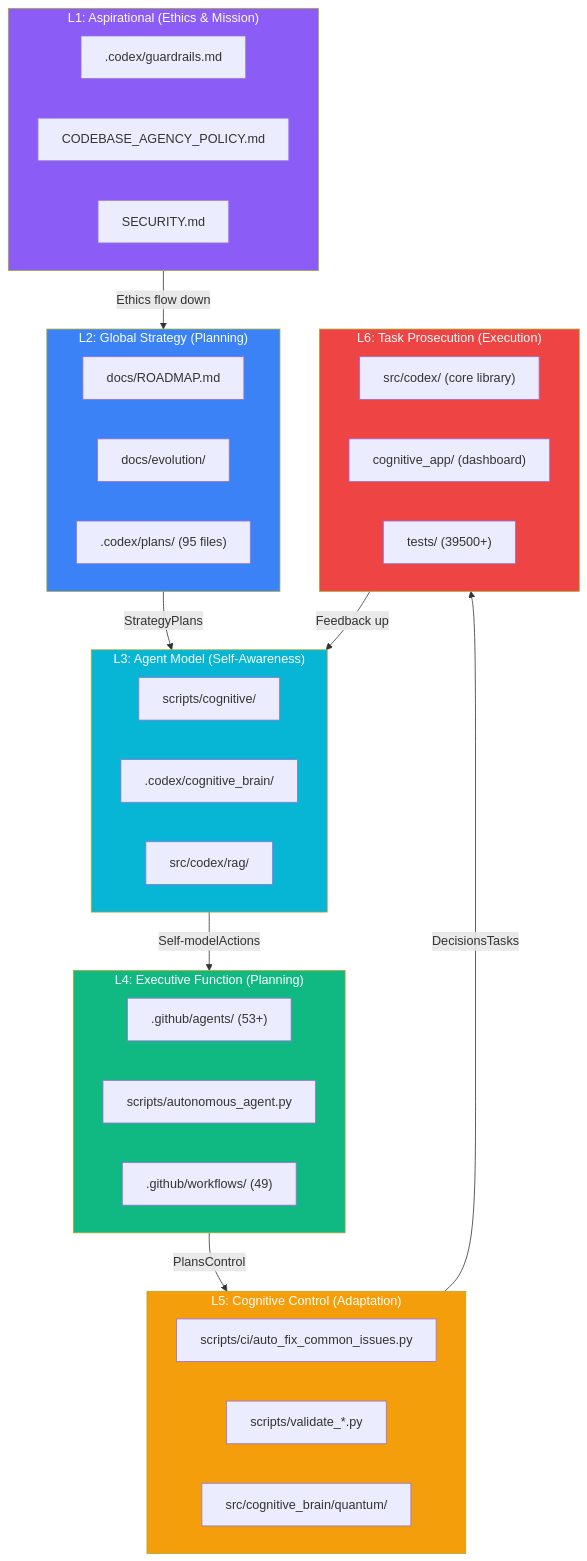
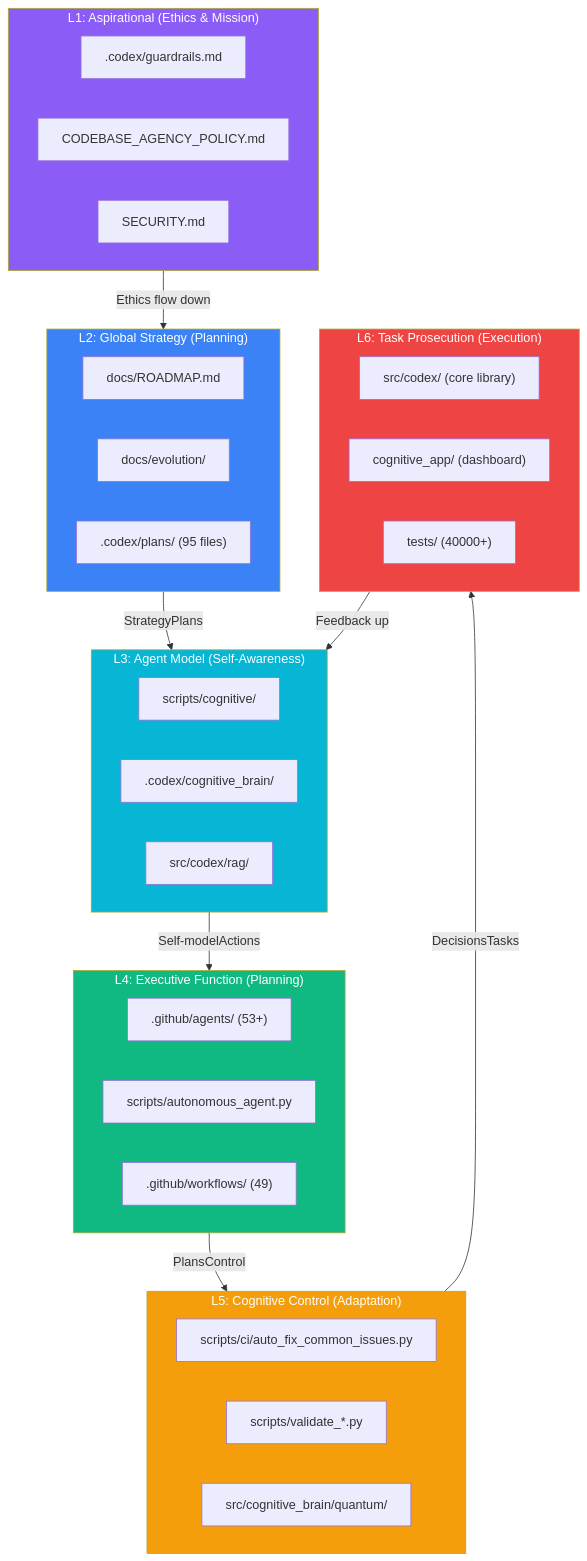
One commit to Aries-Serpent/_codex_ changed the diagram in docs/evolution/COGNITIVE_CODEBASE_MAP.md. Above: the diagram before and after it, drawn with Mermaid. The commit also changed 582 other files, not shown here.

````diff
--- a/docs/evolution/COGNITIVE_CODEBASE_MAP.md
+++ b/docs/evolution/COGNITIVE_CODEBASE_MAP.md
@@ -14,59 +14,59 @@
 ```mermaid
 %%{init: {'accessibility': {'title': 'Flowchart showing "L1: Aspirational (Ethics & Mission)", ".codex/guardrails.md"'}}%%
 
 graph TD
  subgraph L1["L1: Aspirational (Ethics & Mission)"]
  E1[".codex/guardrails.md"]
  E2["CODEBASE_AGENCY_POLICY.md"]
  E3["SECURITY.md"]
  end
 
  subgraph L2["L2: Global Strategy (Planning)"]
  S1["docs/ROADMAP.md"]
  S2["docs/evolution/"]
  S3[".codex/plans/ (95 files)"]
  end
 
  subgraph L3["L3: Agent Model (Self-Awareness)"]
  M1["scripts/cognitive/"]
  M2[".codex/cognitive_brain/"]
  M3["src/codex/rag/"]
  end
 
  subgraph L4["L4: Executive Function (Planning)"]
  X1[".github/agents/ (53+)"]
  X2["scripts/autonomous_agent.py"]
  X3[".github/workflows/ (49)"]
  end
 
  subgraph L5["L5: Cognitive Control (Adaptation)"]
  C1["scripts/ci/auto_fix_common_issues.py"]
  C2["scripts/validate_*.py"]
  C3["src/cognitive_brain/quantum/"]
  end
 
  subgraph L6["L6: Task Prosecution (Execution)"]
  T1["src/codex/ (core library)"]
  T2["cognitive_app/ (dashboard)"]
- T3["tests/ (39500+)"]
+ T3["tests/ (40000+)"]
  end
 
  L1 -->|"Ethics flow down"| L2
 
  L2 -->|"StrategyPlans"| L3
 
  L3 -->|"Self-modelActions"| L4
 
  L4 -->|"PlansControl"| L5
 
  L5 -->|"DecisionsTasks"| L6
 
  L6 -->|"Feedback up"| L3
 
  style L1 fill:#8b5cf6,color:#fff
  style L2 fill:#3b82f6,color:#fff
  style L3 fill:#06b6d4,color:#fff
  style L4 fill:#10b981,color:#fff
  style L5 fill:#f59e0b,color:#fff
  style L6 fill:#ef4444,color:#fff
 ```
````
